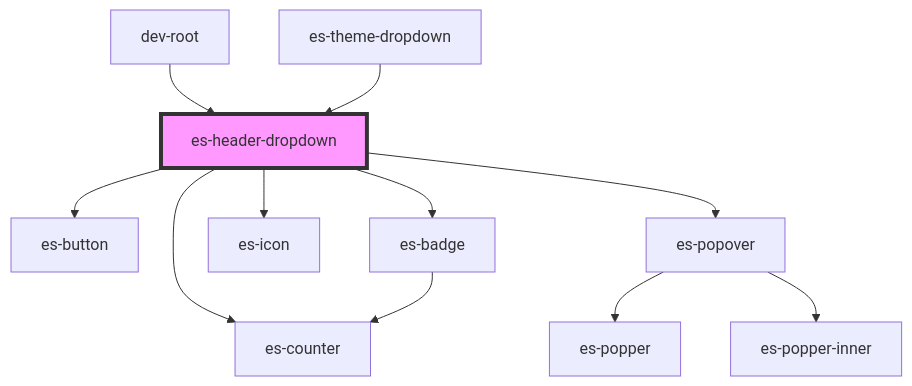
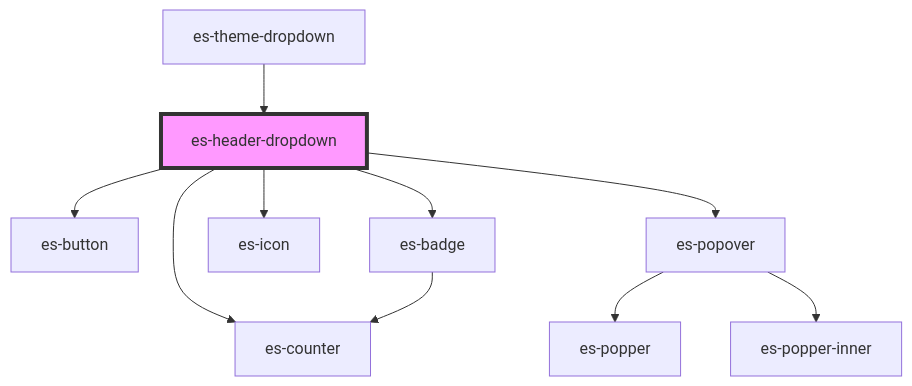
The diagram in packages/layout/src/components/es-header-dropdown/readme.md (EventStore/Design-System), drawn with Mermaid before and after one commit. The commit also changed other lines of this file and 20 other files, not shown here.

Commit message:
Make es-nav leaves optionally strict - don't default to strict - add option to re-enable it - move dev-root to be a .demo component

````diff
--- a/packages/layout/src/components/es-header-dropdown/readme.md
+++ b/packages/layout/src/components/es-header-dropdown/readme.md
@@ -121,14 +120,13 @@
 ```mermaid
 graph TD;
   es-header-dropdown --> es-button
   es-header-dropdown --> es-counter
   es-header-dropdown --> es-badge
   es-header-dropdown --> es-icon
   es-header-dropdown --> es-popover
   es-badge --> es-counter
   es-popover --> es-popper
   es-popover --> es-popper-inner
-  dev-root --> es-header-dropdown
   es-theme-dropdown --> es-header-dropdown
   style es-header-dropdown fill:#f9f,stroke:#333,stroke-width:4px
 ```
````
